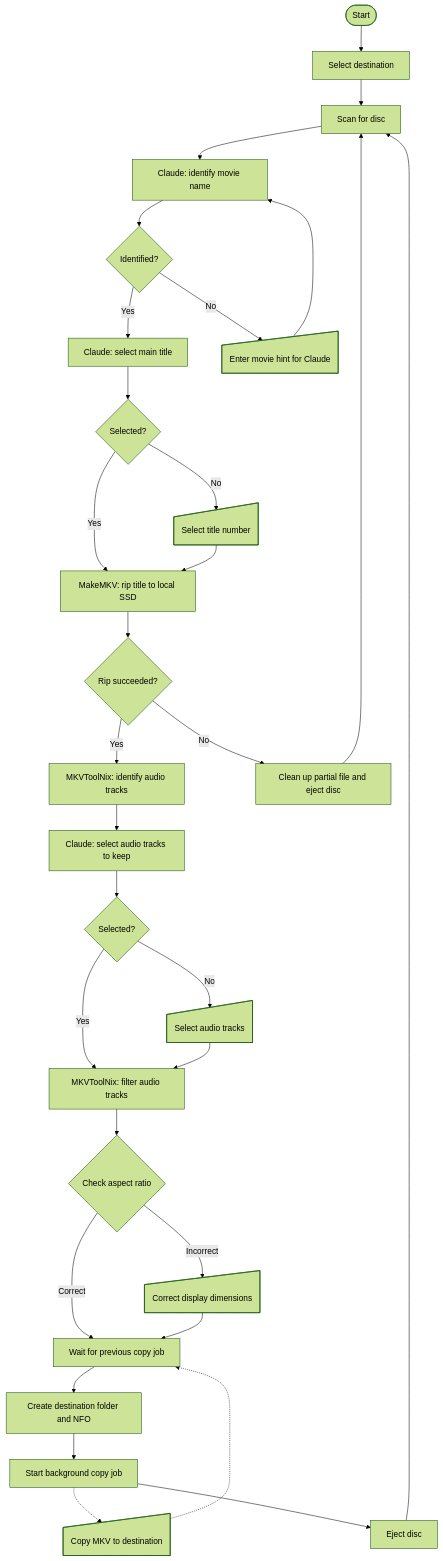
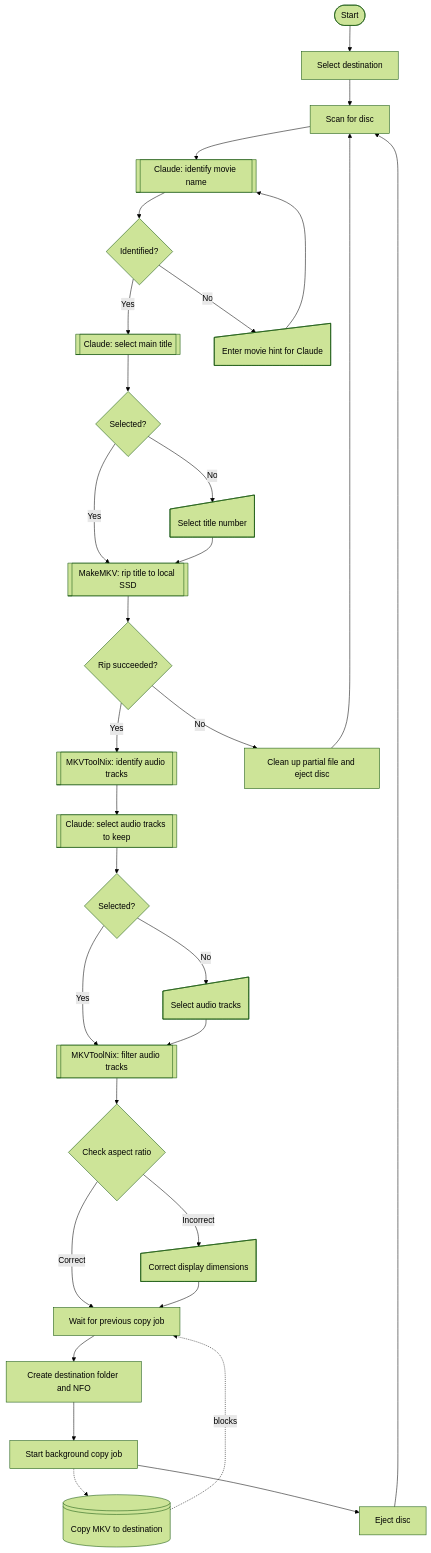
One commit to MrLogic85/Make-MKV-auto-tip-using-Claude-API changed the diagram in README.md. Above: the diagram before and after it, drawn with Mermaid (forest theme).

Commit message:
docs: Update flow chart with background task

````diff
--- a/README.md
+++ b/README.md
@@ -65,40 +65,38 @@
 ```mermaid
 flowchart TD
     A([Start]) --> B
     B[Select destination] --> C
     C[Scan for disc] --> F
-    F[Claude: identify movie name] --> F2
+    F@{ shape: subprocess, label: "Claude: identify movie name" } --> F2
     F2{Identified?}
     F2 -- Yes --> G
     F2 -- No --> F3
     F3@{ shape: sloped-rectangle, label: "Enter movie hint for Claude" } --> F
-    G[Claude: select main title] --> G2
+    G@{ shape: subprocess, label: "Claude: select main title" } --> G2
     G2{Selected?}
     G2 -- Yes --> H
     G2 -- No --> G3
     G3@{ shape: sloped-rectangle, label: "Select title number" } --> H
-    H[MakeMKV: rip title to local SSD] --> H2
+    H@{ shape: subprocess, label: "MakeMKV: rip title to local SSD" } --> H2
     H2{Rip succeeded?}
     H2 -- Yes --> I
     H2 -- No --> H3
     H3[Clean up partial file and eject disc] --> C
-    I[MKVToolNix: identify audio tracks]
-    I --> J
-    J[Claude: select audio tracks to keep] --> J2
-	J2{Selected?}
+    I@{ shape: subprocess, label: "MKVToolNix: identify audio tracks" } --> J
+    J@{ shape: subprocess, label: "Claude: select audio tracks to keep" } --> J2
+    J2{Selected?}
     J2 -- Yes --> K
     J2 -- No --> J3
     J3@{ shape: sloped-rectangle, label: "Select audio tracks" } --> K
-    K[MKVToolNix: filter audio tracks]
-    K --> L
-	L{Check aspect ratio}
+    K@{ shape: subprocess, label: "MKVToolNix: filter audio tracks" } --> L
+    L{Check aspect ratio}
     L -- Correct --> N
     L -- Incorrect --> M
     M@{ shape: sloped-rectangle, label: "Correct display dimensions" } --> N
     N[Wait for previous copy job] --> O
     O[Create destination folder and NFO] --> P
-    P[Start background copy job] .-> S
+    P[Start background copy job] -.-> S
     P --> Q
-	S@{ shape: sloped-rectangle, label: "Copy MKV to destination" } .-> N
+	S@{ shape: lin-cyl, label: "Copy MKV to destination" } -. blocks .-> N
     Q[Eject disc] --> C
 ```
````
